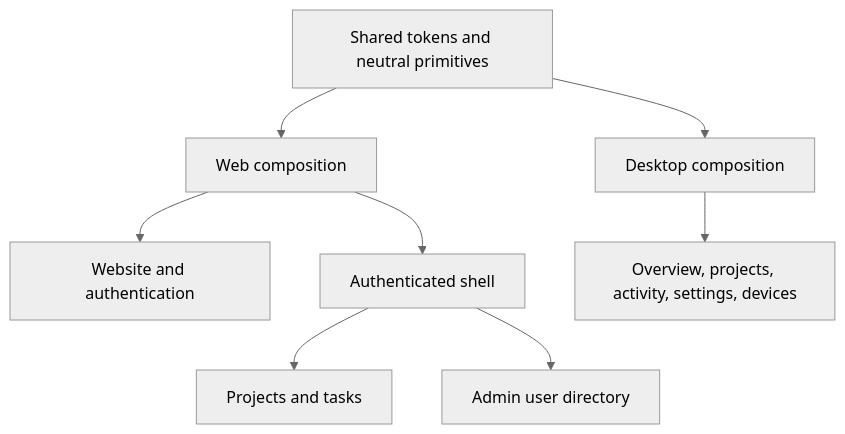
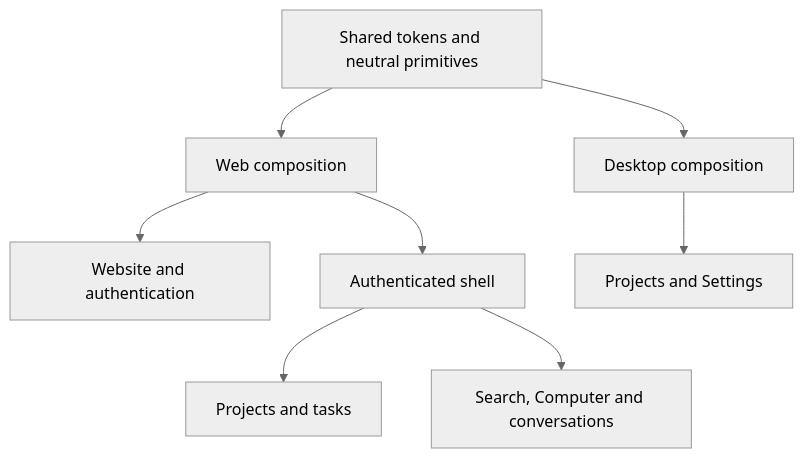
Before and after one commit to raypx/raypx: the diagram in docs/architecture/design.md, drawn with Mermaid (neutral theme). The commit also changed other lines of this file and 459 other files, not shown here.

````diff
--- a/docs/architecture/design.md
+++ b/docs/architecture/design.md
@@ -10,10 +10,10 @@
 ```mermaid
 flowchart TD
   UI[Shared tokens and neutral primitives] --> Web[Web composition]
   UI --> Desktop[Desktop composition]
   Web --> Public[Website and authentication]
   Web --> Shell[Authenticated shell]
   Shell --> Projects[Projects and tasks]
-  Shell --> Admin[Admin user directory]
-  Desktop --> Routes[Overview, projects, activity, settings, devices]
+  Shell --> Cloud[Search, Computer and conversations]
+  Desktop --> Routes[Projects and Settings]
 ```
````
